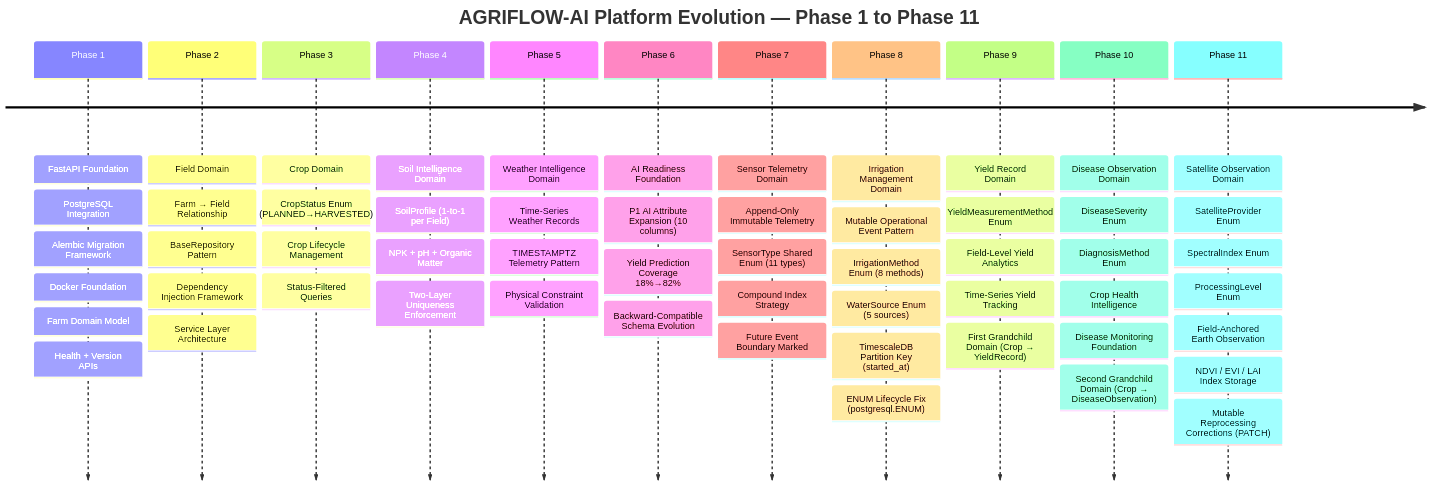
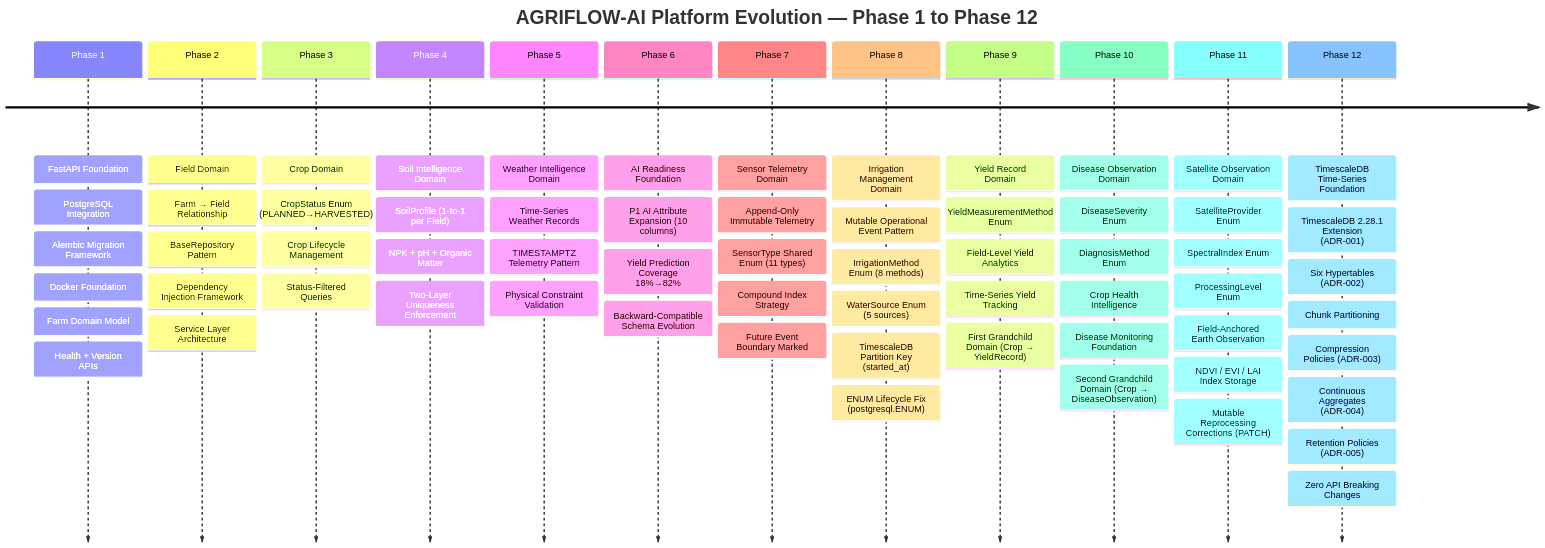
Before and after one commit to santoshnarayanan/AGRIFLOW-AI: the first of 19 diagrams in docs/09-architecture-diagrams.md, drawn with Mermaid. The commit also changed other lines of this file, not shown here.

Commit message:
Phase 12 - docs: archiecture diagrams updated

````diff
--- a/docs/09-architecture-diagrams.md
+++ b/docs/09-architecture-diagrams.md
@@ -44,60 +45,68 @@
 ```mermaid
 timeline
-    title AGRIFLOW-AI Platform Evolution — Phase 1 to Phase 11
+    title AGRIFLOW-AI Platform Evolution — Phase 1 to Phase 12
     Phase 1 : FastAPI Foundation
             : PostgreSQL Integration
             : Alembic Migration Framework
             : Docker Foundation
             : Farm Domain Model
             : Health + Version APIs
     Phase 2 : Field Domain
             : Farm → Field Relationship
             : BaseRepository Pattern
             : Dependency Injection Framework
             : Service Layer Architecture
     Phase 3 : Crop Domain
             : CropStatus Enum (PLANNED→HARVESTED)
             : Crop Lifecycle Management
             : Status-Filtered Queries
     Phase 4 : Soil Intelligence Domain
             : SoilProfile (1-to-1 per Field)
             : NPK + pH + Organic Matter
             : Two-Layer Uniqueness Enforcement
     Phase 5 : Weather Intelligence Domain
             : Time-Series Weather Records
             : TIMESTAMPTZ Telemetry Pattern
             : Physical Constraint Validation
     Phase 6 : AI Readiness Foundation
             : P1 AI Attribute Expansion (10 columns)
             : Yield Prediction Coverage 18%→82%
             : Backward-Compatible Schema Evolution
     Phase 7 : Sensor Telemetry Domain
             : Append-Only Immutable Telemetry
             : SensorType Shared Enum (11 types)
             : Compound Index Strategy
             : Future Event Boundary Marked
     Phase 8 : Irrigation Management Domain
             : Mutable Operational Event Pattern
             : IrrigationMethod Enum (8 methods)
             : WaterSource Enum (5 sources)
             : TimescaleDB Partition Key (started_at)
             : ENUM Lifecycle Fix (postgresql.ENUM)
     Phase 9 : Yield Record Domain
             : YieldMeasurementMethod Enum
             : Field-Level Yield Analytics
             : Time-Series Yield Tracking
             : First Grandchild Domain (Crop → YieldRecord)
     Phase 10 : Disease Observation Domain
             : DiseaseSeverity Enum
             : DiagnosisMethod Enum
             : Crop Health Intelligence
             : Disease Monitoring Foundation
             : Second Grandchild Domain (Crop → DiseaseObservation)
     Phase 11 : Satellite Observation Domain
             : SatelliteProvider Enum
             : SpectralIndex Enum
             : ProcessingLevel Enum
             : Field-Anchored Earth Observation
             : NDVI / EVI / LAI Index Storage
             : Mutable Reprocessing Corrections (PATCH)
+    Phase 12 : TimescaleDB Time-Series Foundation
+            : TimescaleDB 2.28.1 Extension (ADR-001)
+            : Six Hypertables (ADR-002)
+            : Chunk Partitioning
+            : Compression Policies (ADR-003)
+            : Continuous Aggregates (ADR-004)
+            : Retention Policies (ADR-005)
+            : Zero API Breaking Changes
 ```
````
